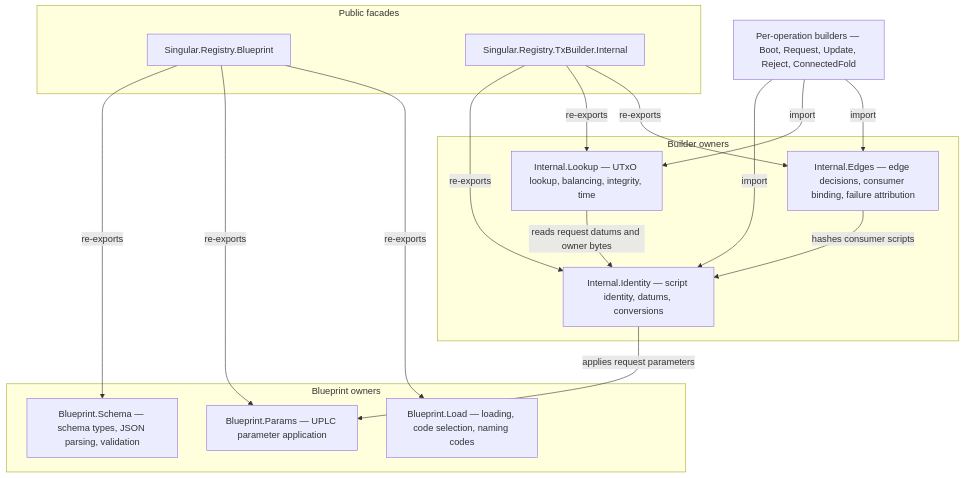
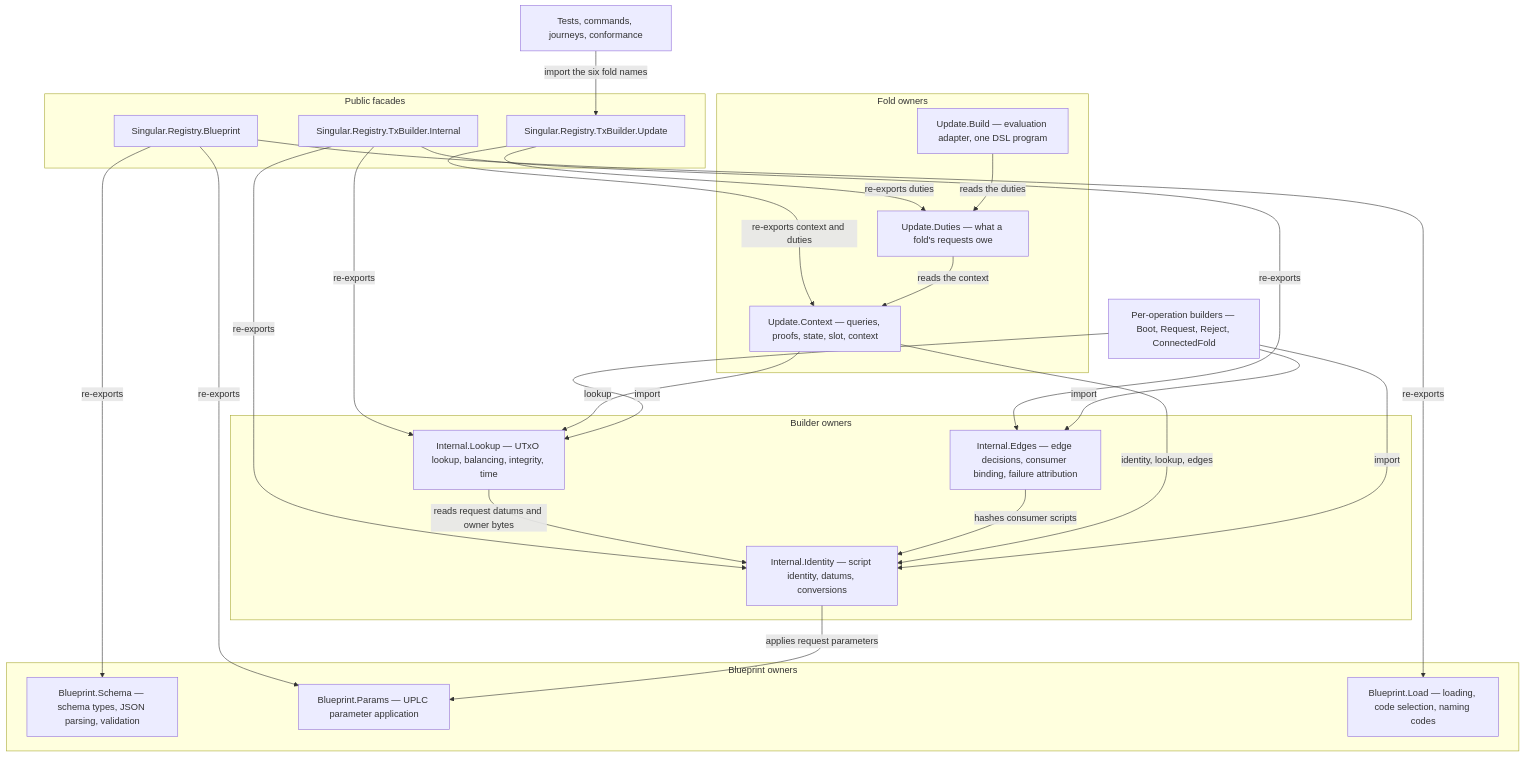
One commit to lambdasistemi/singular changed the diagram in docs/offchain-builder-blueprint.md. Above: the diagram before and after it, drawn with Mermaid. The commit also changed other lines of this file and 12 other files, not shown here.

````diff
--- a/docs/offchain-builder-blueprint.md
+++ b/docs/offchain-builder-blueprint.md
@@ -13,30 +13,43 @@
 ```mermaid
 flowchart TD
     subgraph Public facades
         BP[Singular.Registry.Blueprint]
         TI[Singular.Registry.TxBuilder.Internal]
+        UF[Singular.Registry.TxBuilder.Update]
     end
     subgraph Blueprint owners
         BS[Blueprint.Schema — schema types, JSON parsing, validation]
         BA[Blueprint.Params — UPLC parameter application]
         BL[Blueprint.Load — loading, code selection, naming codes]
     end
     subgraph Builder owners
         BI[Internal.Identity — script identity, datums, conversions]
         BU[Internal.Lookup — UTxO lookup, balancing, integrity, time]
         BE[Internal.Edges — edge decisions, consumer binding, failure attribution]
     end
+    subgraph Fold owners
+        UC[Update.Context — queries, proofs, state, slot, context]
+        UD[Update.Duties — what a fold's requests owe]
+        UB[Update.Build — evaluation adapter, one DSL program]
+    end
     BP -->|re-exports| BS
     BP -->|re-exports| BA
     BP -->|re-exports| BL
     TI -->|re-exports| BI
     TI -->|re-exports| BU
     TI -->|re-exports| BE
+    UF -->|re-exports context and duties| UC
+    UF -->|re-exports duties| UD
     BI -->|applies request parameters| BA
     BU -->|reads request datums and owner bytes| BI
     BE -->|hashes consumer scripts| BI
-    Builders[Per-operation builders — Boot, Request, Update, Reject, ConnectedFold]
+    UC -->|identity, lookup, edges| BI
+    UC -->|lookup| BU
+    UD -->|reads the context| UC
+    UB -->|reads the duties| UD
+    Builders[Per-operation builders — Boot, Request, Reject, ConnectedFold]
     Builders -->|import| BI
     Builders -->|import| BU
     Builders -->|import| BE
+    Callers[Tests, commands, journeys, conformance] -->|import the six fold names| UF
 ```
````
